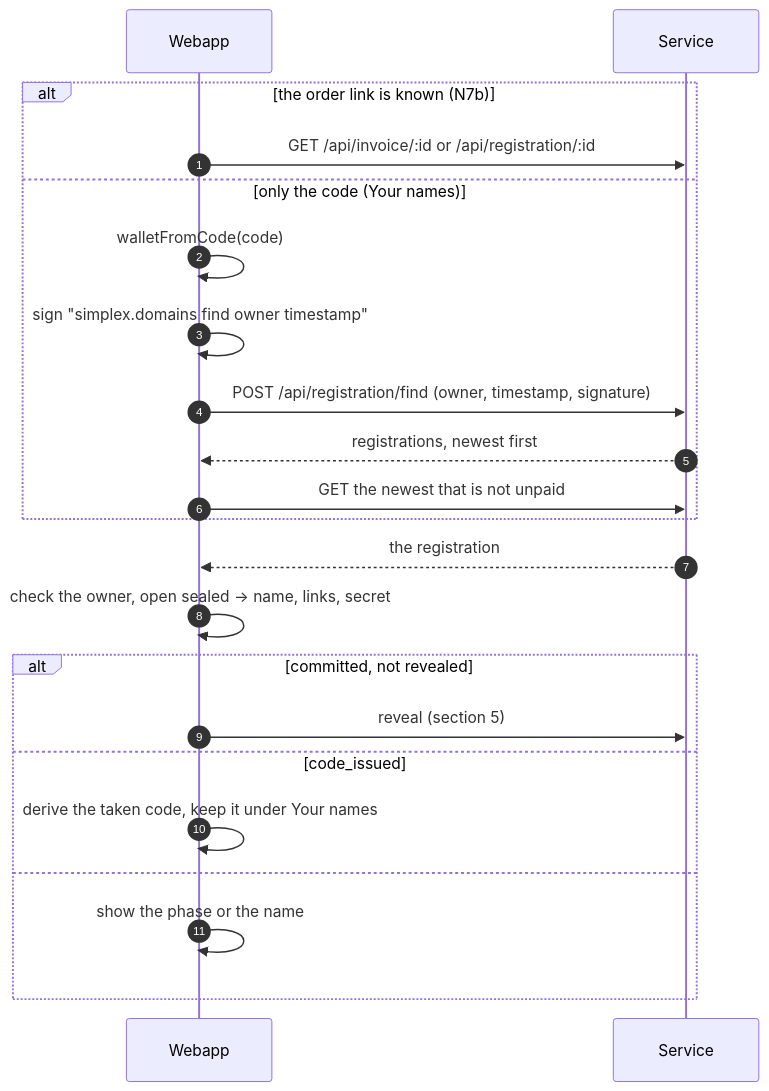
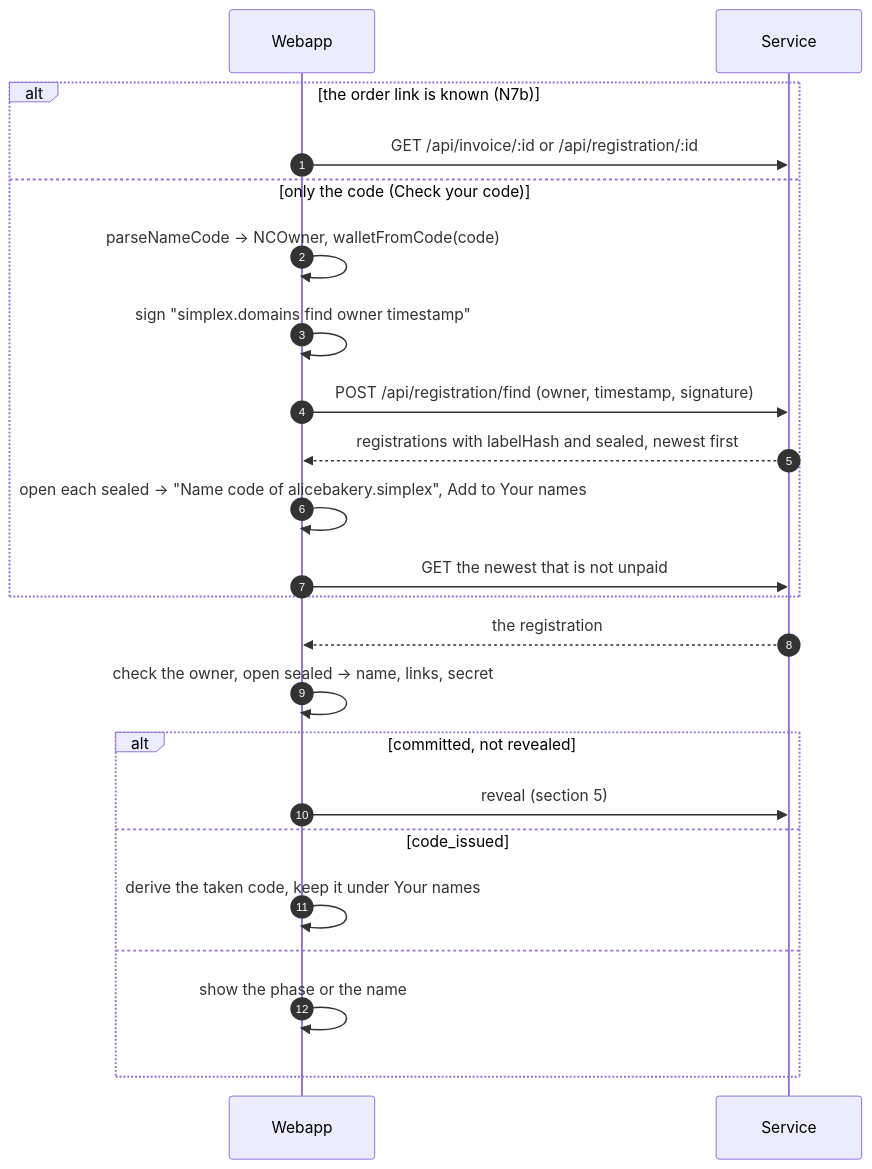
Diagram 16 of 20 in plans/names-codes/2026-10-13-names-sequence.md (simplex-chat/simplex-chat), drawn with Mermaid before and after one commit. The commit also changed other lines of this file and 2 other files, not shown here.

Commit message:
plans: names docs follow the store API

````diff
--- a/plans/names-codes/2026-10-13-names-sequence.md
+++ b/plans/names-codes/2026-10-13-names-sequence.md
@@ -593,24 +591,25 @@
 ```mermaid
 sequenceDiagram
   autonumber
   participant W as Webapp
   participant S as Service
   alt the order link is known (N7b)
     W->>S: GET /api/invoice/:id or /api/registration/:id
-  else only the code (Your names)
-    W->>W: walletFromCode(code)
+  else only the code (Check your code)
+    W->>W: parseNameCode → NCOwner, walletFromCode(code)
     W->>W: sign "simplex.domains find owner timestamp"
     W->>S: POST /api/registration/find (owner, timestamp, signature)
-    S-->>W: registrations, newest first
+    S-->>W: registrations with labelHash and sealed, newest first
+    W->>W: open each sealed → "Name code of alicebakery.simplex", Add to Your names
     W->>S: GET the newest that is not unpaid
   end
   S-->>W: the registration
   W->>W: check the owner, open sealed → name, links, secret
   alt committed, not revealed
     W->>S: reveal (section 5)
   else code_issued
     W->>W: derive the taken code, keep it under Your names
   else
     W->>W: show the phase or the name
   end
 ```
````
